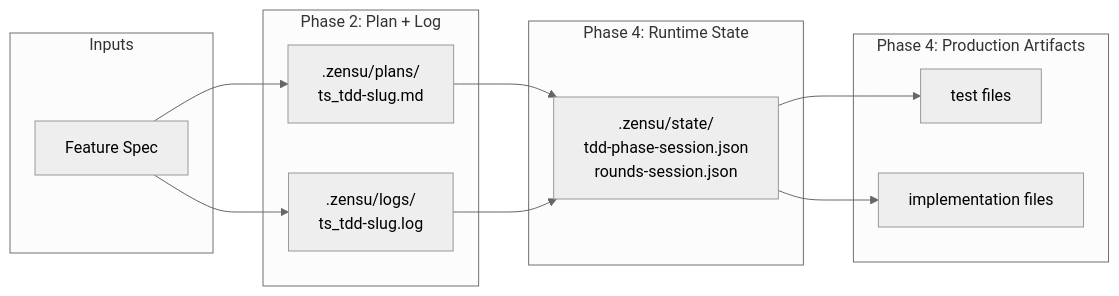
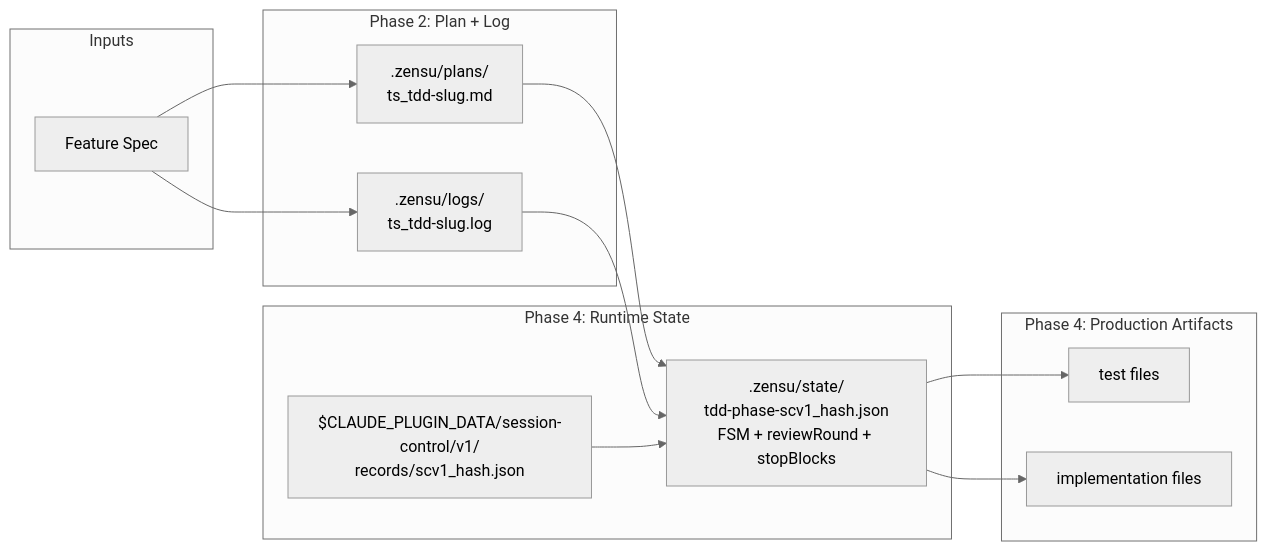
Before and after one commit to MKITConsulting/zensu-claude-code: the third of 4 diagrams in docs/tdd-manager-workflow.md, drawn with Mermaid (neutral theme). The commit also changed other lines of this file and 214 other files, not shown here.

Commit message:
feat: add session-safe plugin runtime control

````diff
--- a/docs/tdd-manager-workflow.md
+++ b/docs/tdd-manager-workflow.md
@@ -191,23 +203,25 @@
 ```mermaid
 flowchart LR
     subgraph Inputs
       Spec[Feature Spec]
     end
     subgraph Plan_Phase[Phase 2: Plan + Log]
       Plan[.zensu/plans/<br/>ts_tdd-slug.md]
       Log[.zensu/logs/<br/>ts_tdd-slug.log]
     end
     subgraph Runtime_State[Phase 4: Runtime State]
-      State[.zensu/state/<br/>tdd-phase-session.json<br/>rounds-session.json]
+      State[.zensu/state/<br/>tdd-phase-scv1_hash.json<br/>FSM + reviewRound + stopBlocks]
+      Context[$CLAUDE_PLUGIN_DATA/session-control/v1/<br/>records/scv1_hash.json]
     end
     subgraph Production[Phase 4: Production Artifacts]
       Tests[test files]
       Code[implementation files]
     end
     Spec --> Plan
     Spec --> Log
     Plan --> State
     Log --> State
+    Context --> State
     State --> Tests
     State --> Code
 ```
````
